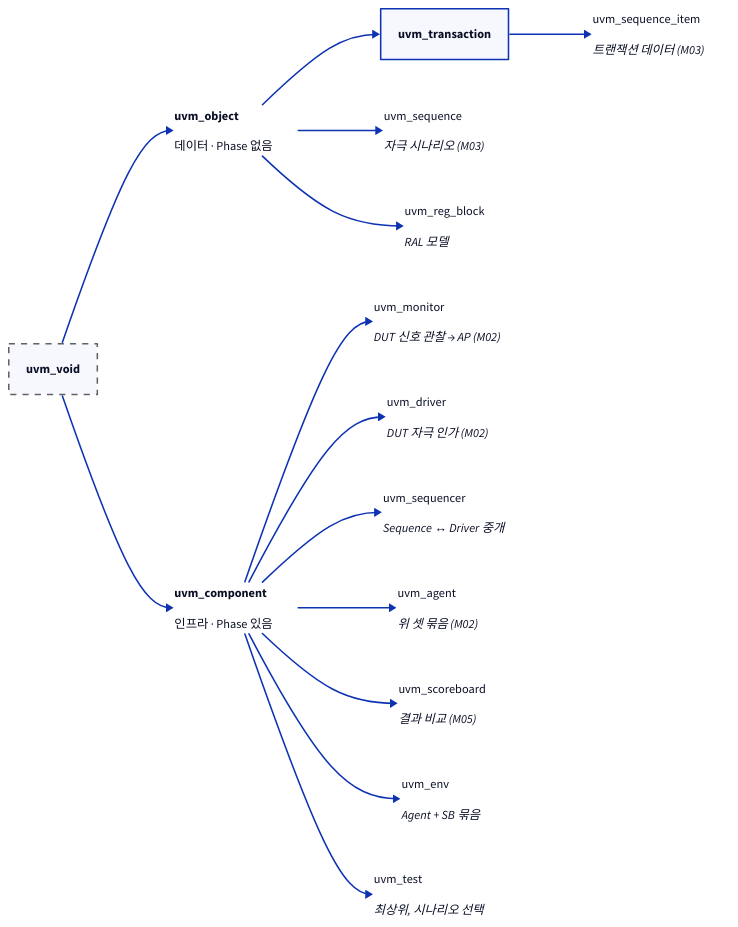
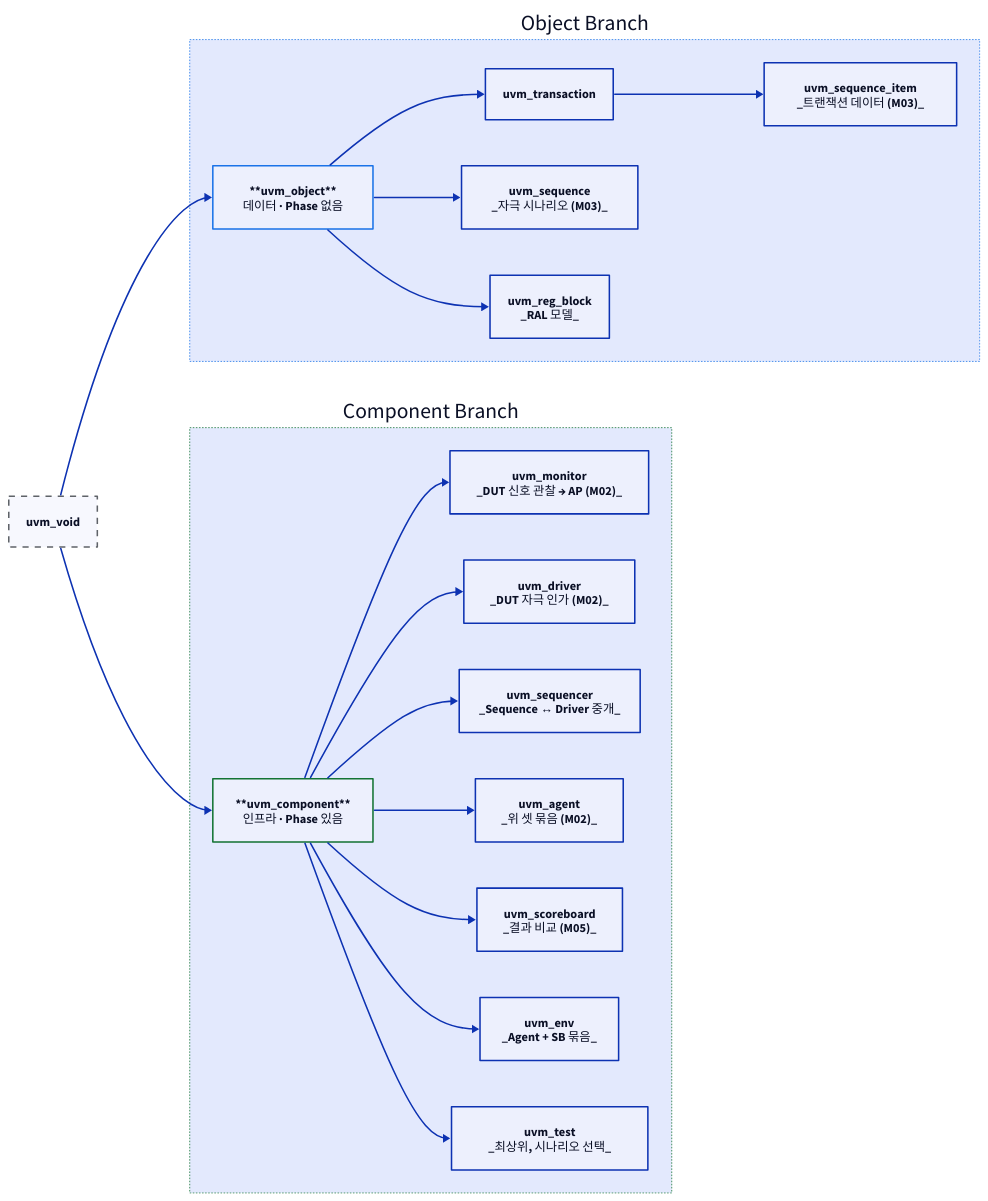
One commit to humbleowl39/DV_SKOOL changed the third of 3 diagrams in topics/uvm/docs/01_architecture_and_phase.md. Above: the diagram before and after it, drawn with D2. The commit also changed other lines of this file and 90 other files, not shown here.

First line of the commit message:
docs: 전 토픽 다이어그램 정비 — ASCII→D2, mermaid→D2, 과대 D2 가시성 수정

````diff
--- a/topics/uvm/docs/01_architecture_and_phase.md
+++ b/topics/uvm/docs/01_architecture_and_phase.md
@@ -251,87 +236,55 @@
   style.stroke: "#5f6368"
   style.stroke-dash: 4
 }
-OBJ: |md
-  **uvm_object**
 
-  데이터 · Phase 없음
-| {
+OBJ_SIDE: "Object Branch" {
+  direction: down
   style.stroke: "#1a73e8"
-  style.stroke-width: 2
-}
-COMP: |md
-  **uvm_component**
+  style.stroke-width: 1
+  style.stroke-dash: 2
 
-  인프라 · Phase 있음
-| {
-  style.stroke: "#137333"
-  style.stroke-width: 2
+  OBJ: "**uvm_object**\n데이터 · Phase 없음" {
+    style.stroke: "#1a73e8"
+    style.stroke-width: 2
+  }
+  TRX: uvm_transaction
+  SI: "uvm_sequence_item\n_트랜잭션 데이터 (M03)_"
+  SEQ: "uvm_sequence\n_자극 시나리오 (M03)_"
+  REG: "uvm_reg_block\n_RAL 모델_"
+
+  OBJ -> TRX
+  TRX -> SI
+  OBJ -> SEQ
+  OBJ -> REG
 }
 
-TRX: uvm_transaction
-SI: |md
-  uvm_sequence_item
+COMP_SIDE: "Component Branch" {
+  direction: down
+  style.stroke: "#137333"
+  style.stroke-width: 1
+  style.stroke-dash: 2
 
-  _트랜잭션 데이터 (M03)_
-|
-SEQ: |md
-  uvm_sequence
+  COMP: "**uvm_component**\n인프라 · Phase 있음" {
+    style.stroke: "#137333"
+    style.stroke-width: 2
+  }
+  MON: "uvm_monitor\n_DUT 신호 관찰 → AP (M02)_"
+  DRV: "uvm_driver\n_DUT 자극 인가 (M02)_"
+  SQR: "uvm_sequencer\n_Sequence ↔ Driver 중개_"
+  AG: "uvm_agent\n_위 셋 묶음 (M02)_"
+  SB: "uvm_scoreboard\n_결과 비교 (M05)_"
+  ENV: "uvm_env\n_Agent + SB 묶음_"
+  TST: "uvm_test\n_최상위, 시나리오 선택_"
 
-  _자극 시나리오 (M03)_
-|
-REG: |md
-  uvm_reg_block
+  COMP -> MON
+  COMP -> DRV
+  COMP -> SQR
+  COMP -> AG
+  COMP -> SB
+  COMP -> ENV
+  COMP -> TST
+}
 
-  _RAL 모델_
-|
-
-MON: |md
-  uvm_monitor
-
-  _DUT 신호 관찰 → AP (M02)_
-|
-DRV: |md
-  uvm_driver
-
-  _DUT 자극 인가 (M02)_
-|
-SQR: |md
-  uvm_sequencer
-
-  _Sequence ↔ Driver 중개_
-|
-AG: |md
-  uvm_agent
-
-  _위 셋 묶음 (M02)_
-|
-SB: |md
-  uvm_scoreboard
-
-  _결과 비교 (M05)_
-|
-ENV: |md
-  uvm_env
-
-  _Agent + SB 묶음_
-|
-TST: |md
-  uvm_test
-
-  _최상위, 시나리오 선택_
-|
-
-VOID -> OBJ
-VOID -> COMP
-OBJ -> TRX
-TRX -> SI
-OBJ -> SEQ
-OBJ -> REG
-COMP -> MON
-COMP -> DRV
-COMP -> SQR
-COMP -> AG
-COMP -> SB
-COMP -> ENV
-COMP -> TST
+VOID -> OBJ_SIDE.OBJ
+VOID -> COMP_SIDE.COMP
 ```
````
